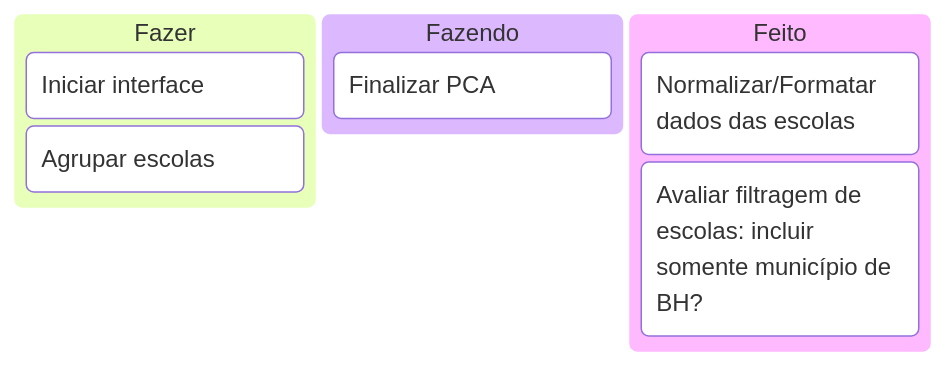
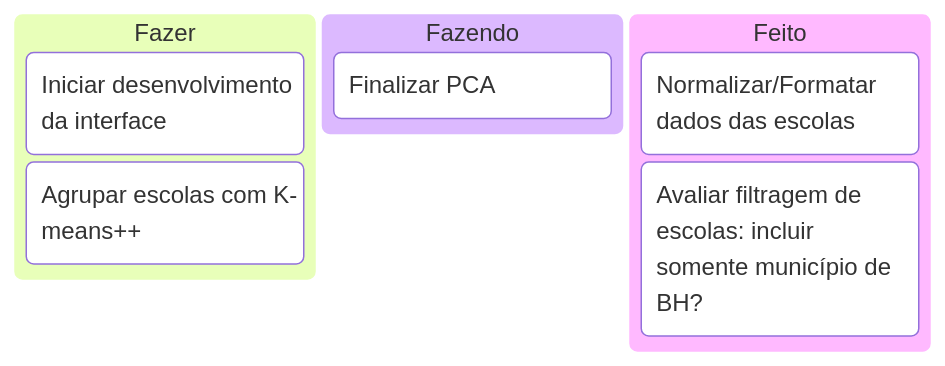
One commit to felipe-tertuliano/tcc_inep changed the third of 3 diagrams in README.md. Above: the diagram before and after it, drawn with Mermaid. The commit also changed 1 other file, not shown here.

Commit message:
fix: article 19/08/2026

````diff
--- a/README.md
+++ b/README.md
@@ -91,11 +91,11 @@
 ```mermaid
 kanban
     Fazer
-        [Iniciar interface]
-        [Agrupar escolas]
+        [Iniciar desenvolvimento da interface]
+        [Agrupar escolas com K-means++]
     Fazendo
         [Finalizar PCA]
     Feito
         [Normalizar/Formatar dados das escolas]
         [Avaliar filtragem de escolas: incluir somente município de BH?]
 ```
````
